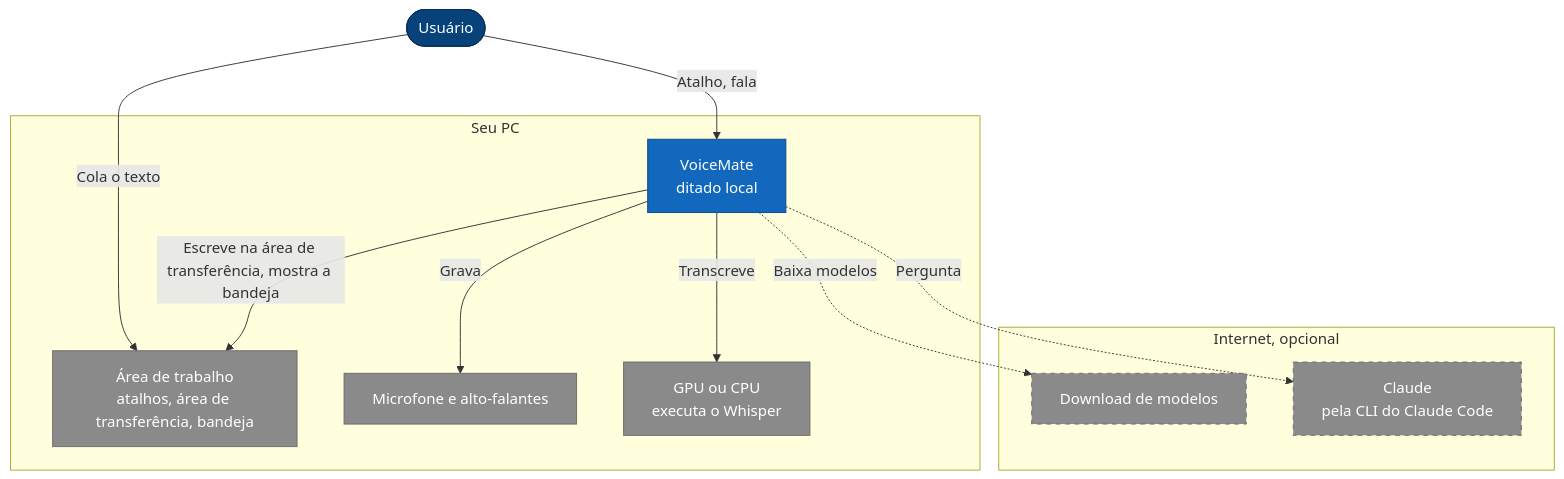
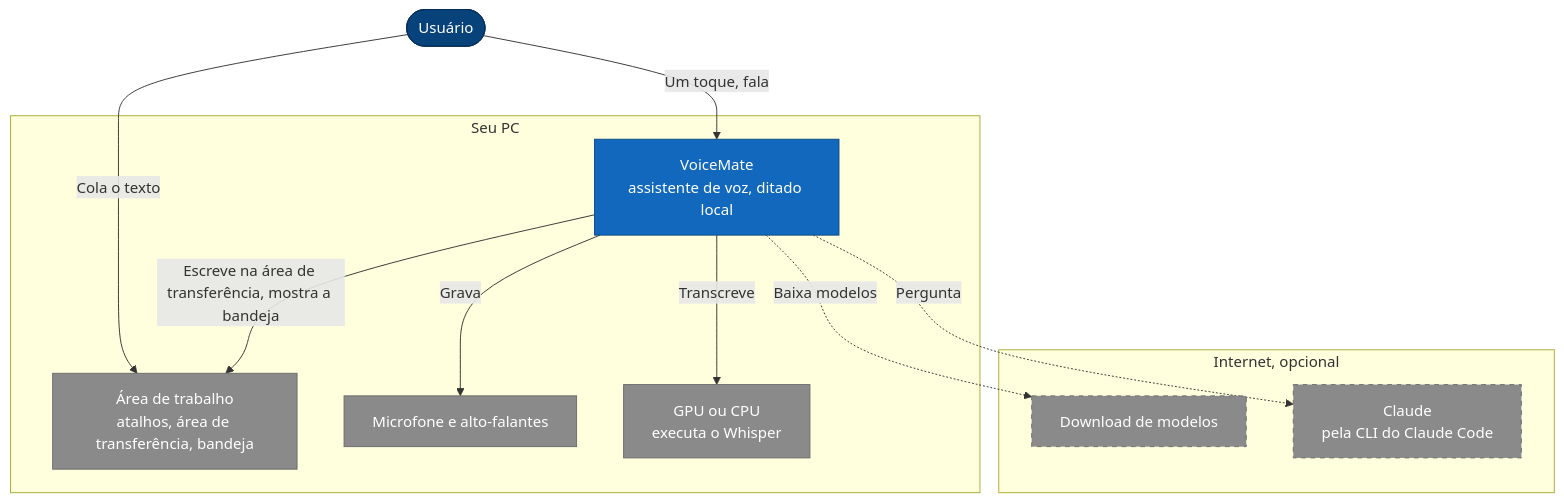
Before and after one commit to nano-br/voice-mate: the first of 6 diagrams in README.pt-BR.md, drawn with Mermaid. The commit also changed other lines of this file and 29 other files, not shown here.

````diff
--- a/README.pt-BR.md
+++ b/README.pt-BR.md
@@ -212,36 +221,36 @@
 ```mermaid
 flowchart TB
     user(["Usuário"])
     subgraph pc["Seu PC"]
-        vm["VoiceMate<br/>ditado local"]
+        vm["VoiceMate<br/>assistente de voz, ditado local"]
         desk["Área de trabalho<br/>atalhos, área de transferência, bandeja"]
         audio["Microfone e alto-falantes"]
         gpu["GPU ou CPU<br/>executa o Whisper"]
     end
     subgraph net["Internet, opcional"]
         hub["Download de modelos"]
         claude["Claude<br/>pela CLI do Claude Code"]
     end
-    user -->|"Atalho, fala"| vm
+    user -->|"Um toque, fala"| vm
     user -->|"Cola o texto"| desk
     vm -->|"Escreve na área de transferência, mostra a bandeja"| desk
     vm -->|"Grava"| audio
     vm -->|"Transcreve"| gpu
     vm -.->|"Baixa modelos"| hub
     vm -.->|"Pergunta"| claude
 
     classDef person fill:#08427b,stroke:#052e56,color:#ffffff
     classDef system fill:#1168bd,stroke:#0b4884,color:#ffffff
     classDef container fill:#438dd5,stroke:#2e6295,color:#ffffff
     classDef component fill:#85bbf0,stroke:#5d82a8,color:#000000
     classDef store fill:#00838f,stroke:#005f66,color:#ffffff
     classDef external fill:#8a8a8a,stroke:#6b6b6b,color:#ffffff
     classDef optional fill:#8a8a8a,stroke:#6b6b6b,color:#ffffff,stroke-dasharray:5 5
     classDef ok fill:#2e7d32,stroke:#1b5e20,color:#ffffff
     classDef warn fill:#f9a825,stroke:#c17900,color:#000000
     classDef bad fill:#c0392b,stroke:#922b21,color:#ffffff
     class user person
     class vm system
     class desk,audio,gpu external
     class hub,claude optional
 ```
````
